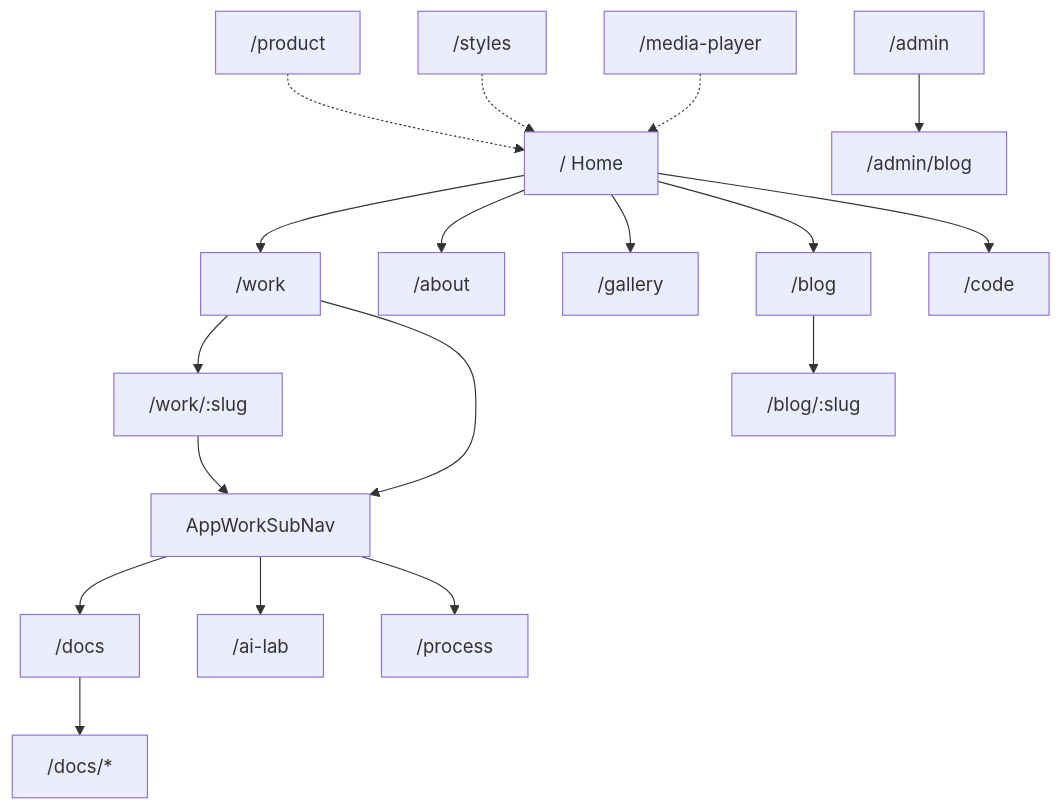
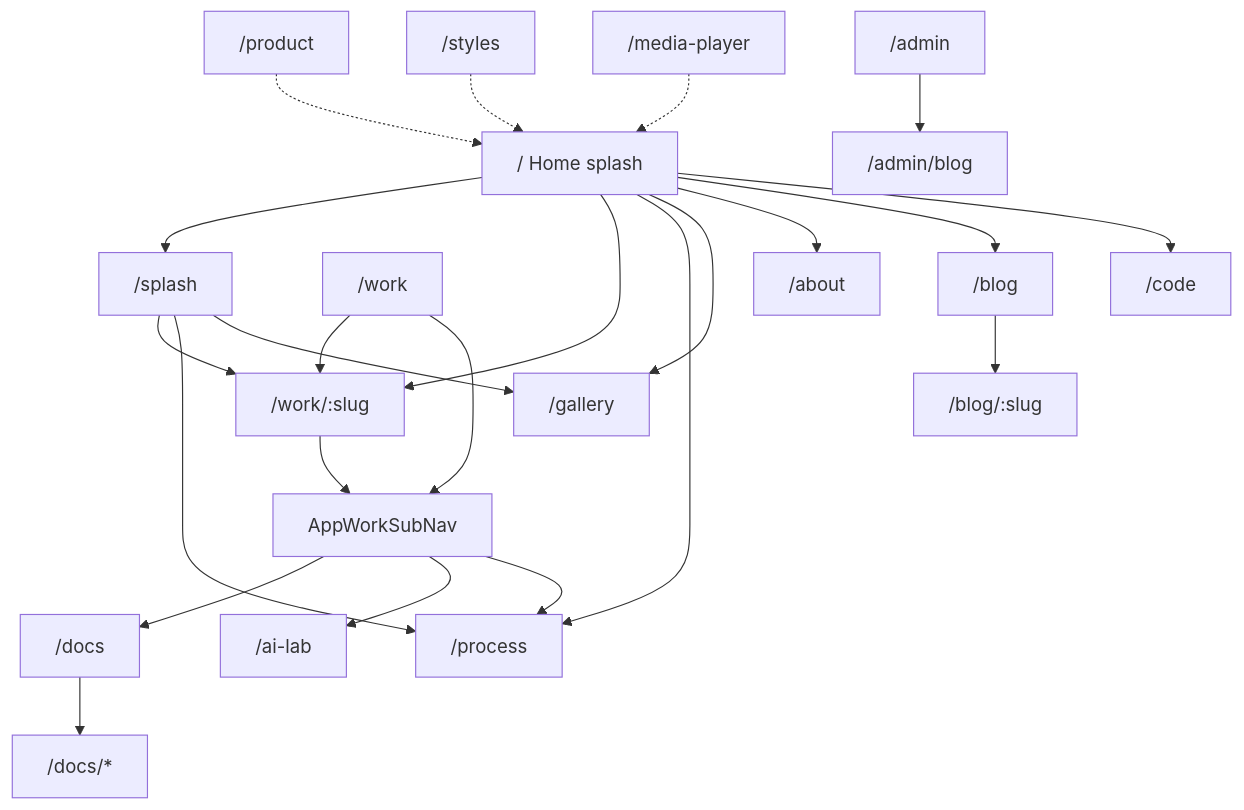
One commit to likwidmack/portfolio changed the diagram in docs/web/reference/site-wireframes.md. Above: the diagram before and after it, drawn with Mermaid. The commit also changed other lines of this file and 66 other files, not shown here.

````diff
--- a/docs/web/reference/site-wireframes.md
+++ b/docs/web/reference/site-wireframes.md
@@ -7,39 +7,45 @@
 ```mermaid
 flowchart TB
-  Home["/ Home"]
+  Home["/ Home splash"]
+  Splash["/splash"]
   Work["/work"]
   WorkSlug["/work/:slug"]
   WorkSub["AppWorkSubNav"]
   Gallery["/gallery"]
   Docs["/docs"]
   DocsSlug["/docs/*"]
   AiLab["/ai-lab"]
   Process["/process"]
   About["/about"]
   Blog["/blog"]
   BlogSlug["/blog/:slug"]
   Code["/code"]
   Product["/product"]
   Styles["/styles"]
   Media["/media-player"]
   Admin["/admin"]
   AdminBlog["/admin/blog"]
 
-  Home --> Work
+  Home --> Splash
+  Home --> WorkSlug
+  Home --> Process
+  Home --> Gallery
+  Splash --> WorkSlug
+  Splash --> Process
+  Splash --> Gallery
   Home --> About
-  Home --> Gallery
   Home --> Blog
   Home --> Code
   Work --> WorkSlug
   Work --> WorkSub
   WorkSlug --> WorkSub
   WorkSub --> Docs
   WorkSub --> AiLab
   WorkSub --> Process
   Docs --> DocsSlug
   Blog --> BlogSlug
   Admin --> AdminBlog
   Product -.-> Home
   Styles -.-> Home
   Media -.-> Home
 ```
````
